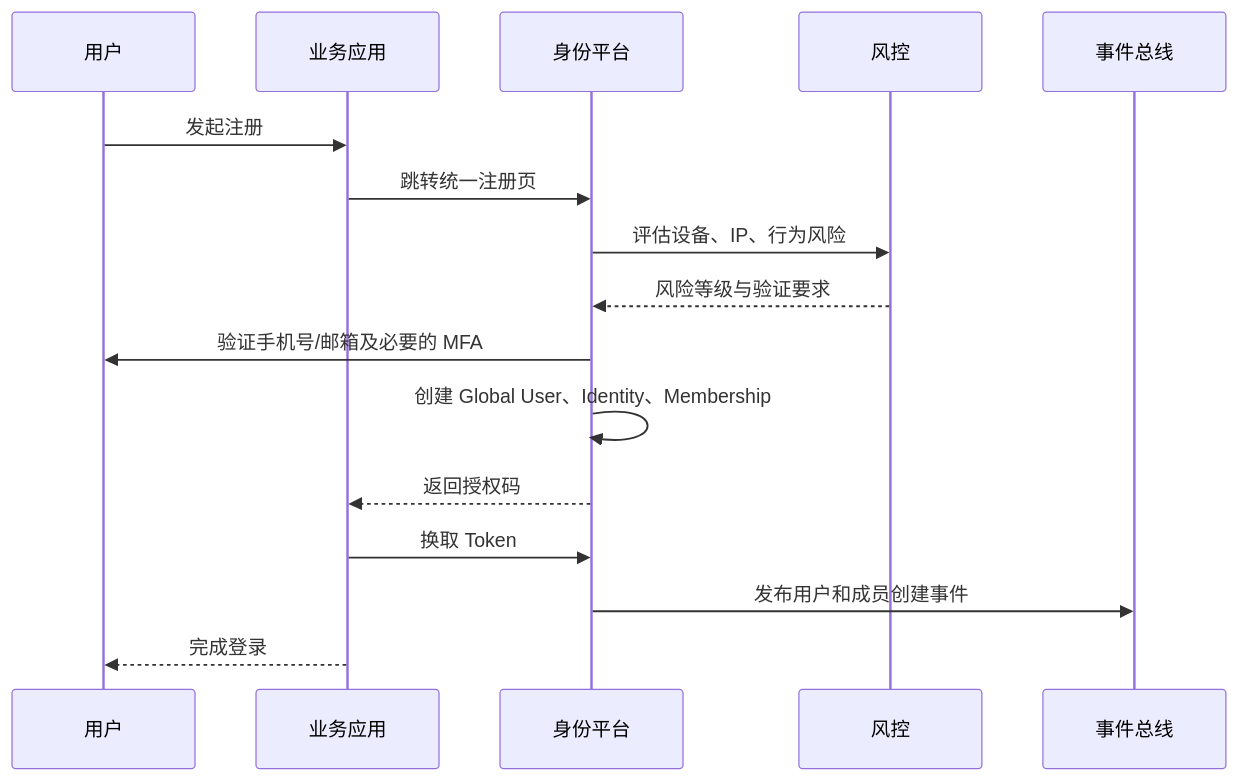
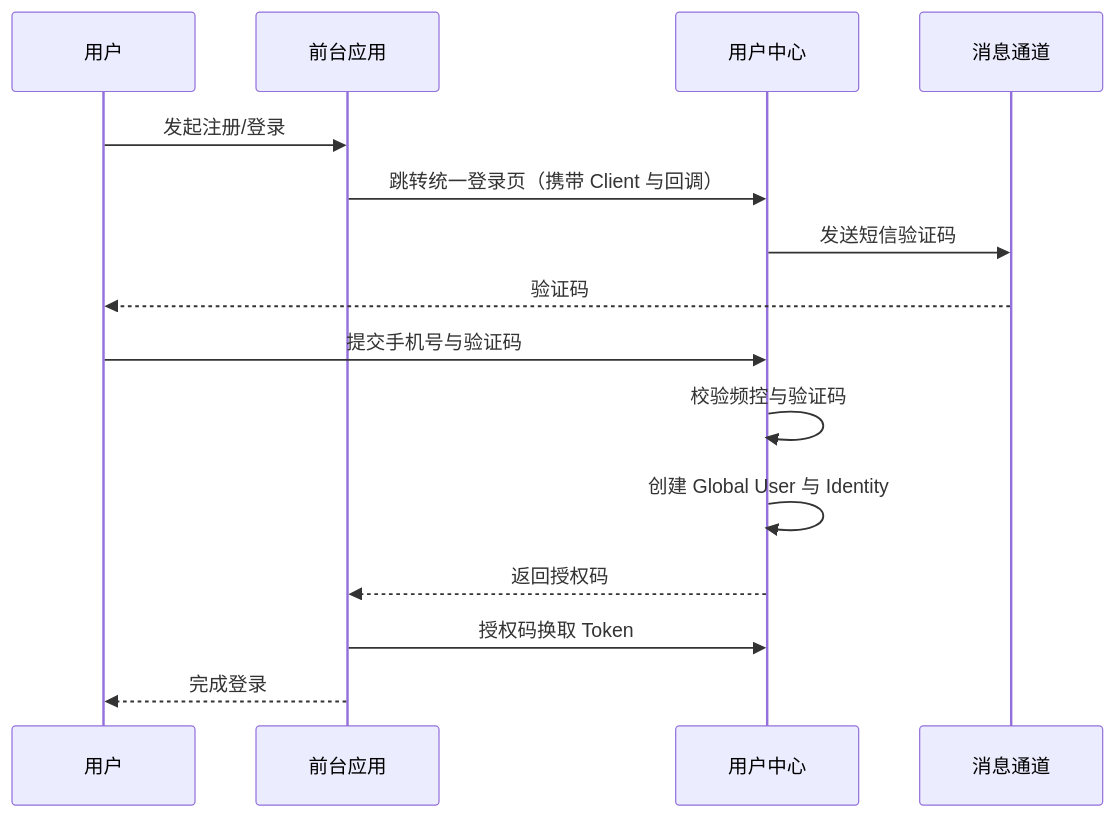
Before and after one commit to kyssion/k_user_center: the second of 3 diagrams in docs/统一用户管理平台系统能力地图.md, drawn with Mermaid. The commit also changed other lines of this file, not shown here.

```diff
--- a/docs/统一用户管理平台系统能力地图.md
+++ b/docs/统一用户管理平台系统能力地图.md
@@ -1064,19 +353,18 @@
 ~~~mermaid
 sequenceDiagram
     participant U as 用户
-    participant A as 业务应用
-    participant I as 身份平台
-    participant R as 风控
-    participant E as 事件总线
+    participant A as 前台应用
+    participant I as 用户中心
+    participant M as 消息通道
 
-    U->>A: 发起注册
-    A->>I: 跳转统一注册页
-    I->>R: 评估设备、IP、行为风险
-    R-->>I: 风险等级与验证要求
-    I->>U: 验证手机号/邮箱及必要的 MFA
-    I->>I: 创建 Global User、Identity、Membership
+    U->>A: 发起注册/登录
+    A->>I: 跳转统一登录页（携带 Client 与回调）
+    I->>M: 发送短信验证码
+    M-->>U: 验证码
+    U->>I: 提交手机号与验证码
+    I->>I: 校验频控与验证码
+    I->>I: 创建 Global User 与 Identity
     I-->>A: 返回授权码
-    A->>I: 换取 Token
-    I->>E: 发布用户和成员创建事件
+    A->>I: 授权码换取 Token
     A-->>U: 完成登录
 ~~~
```
